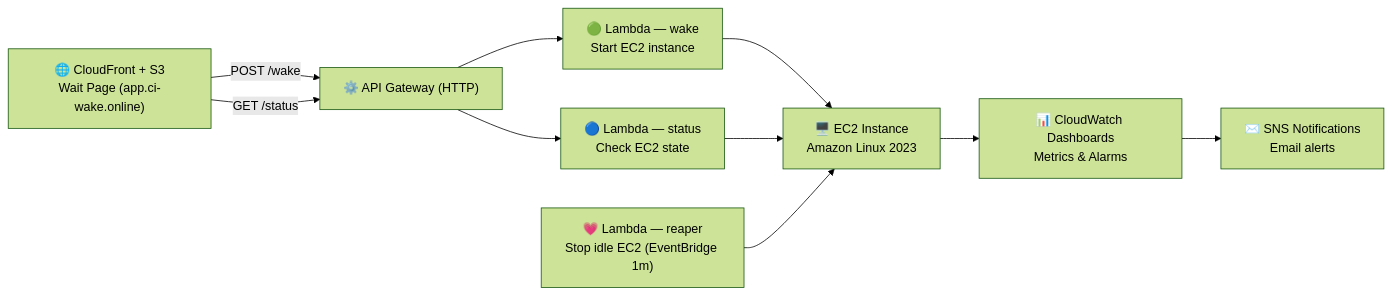
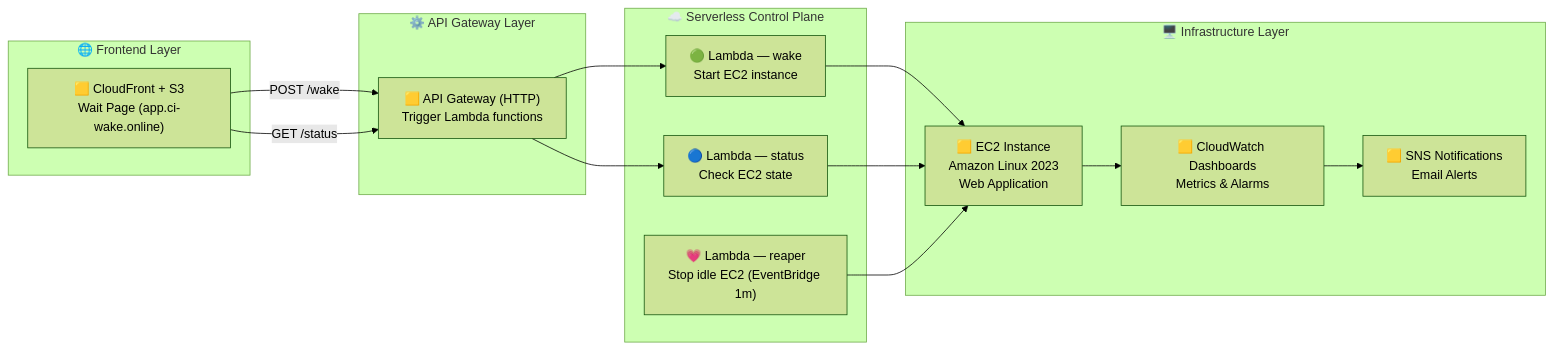
The diagram in README.md (rusets/CI-CD-Pipeline-for-Application-Deployment), drawn with Mermaid (forest theme) before and after one commit.

Commit message:
docs: refined architecture diagram and updated README layout

````diff
--- a/README.md
+++ b/README.md
@@ -34,15 +34,40 @@
 ```mermaid
 flowchart LR
-  A["🌐 CloudFront + S3<br/>Wait Page (app.ci-wake.online)"] -->|POST /wake| B["⚙️ API Gateway (HTTP)"]
+  %% === Frontend Section ===
+  subgraph Frontend["🌐 Frontend Layer"]
+    A["🟨 CloudFront + S3<br/>Wait Page (app.ci-wake.online)"]
+  end
+
+  %% === API Section ===
+  subgraph API["⚙️ API Gateway Layer"]
+    B["🟨 API Gateway (HTTP)<br/>Trigger Lambda functions"]
+  end
+
+  %% === Lambda Control Plane ===
+  subgraph Lambdas["☁️ Serverless Control Plane"]
+    C["🟢 Lambda — wake<br/>Start EC2 instance"]
+    D["🔵 Lambda — status<br/>Check EC2 state"]
+    F["💗 Lambda — reaper<br/>Stop idle EC2 (EventBridge 1m)"]
+  end
+
+  %% === Infrastructure Section ===
+  subgraph Infra["🖥️ Infrastructure Layer"]
+    E["🟨 EC2 Instance<br/>Amazon Linux 2023<br/>Web Application"]
+    G["🟨 CloudWatch Dashboards<br/>Metrics & Alarms"]
+    H["🟨 SNS Notifications<br/>Email Alerts"]
+  end
+
+  %% === Connections ===
+  A -->|POST /wake| B
   A -->|GET /status| B
 
-  B --> C["🟢 Lambda — wake<br/>Start EC2 instance"]
-  B --> D["🔵 Lambda — status<br/>Check EC2 state"]
+  B --> C
+  B --> D
 
-  C --> E["🖥️ EC2 Instance<br/>Amazon Linux 2023"]
+  C --> E
   D --> E
 
-  F["💗 Lambda — reaper<br/>Stop idle EC2 (EventBridge 1m)"] --> E
-  E --> G["📊 CloudWatch Dashboards<br/>Metrics & Alarms"]
-  G --> H["✉️ SNS Notifications<br/>Email alerts"]
+  F --> E
+  E --> G
+  G --> H
 ```
````
